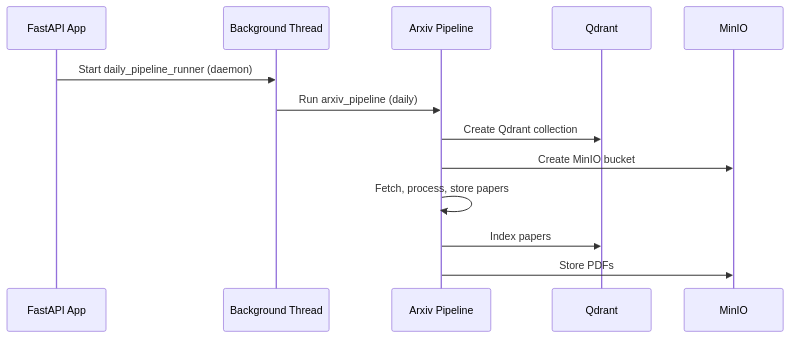
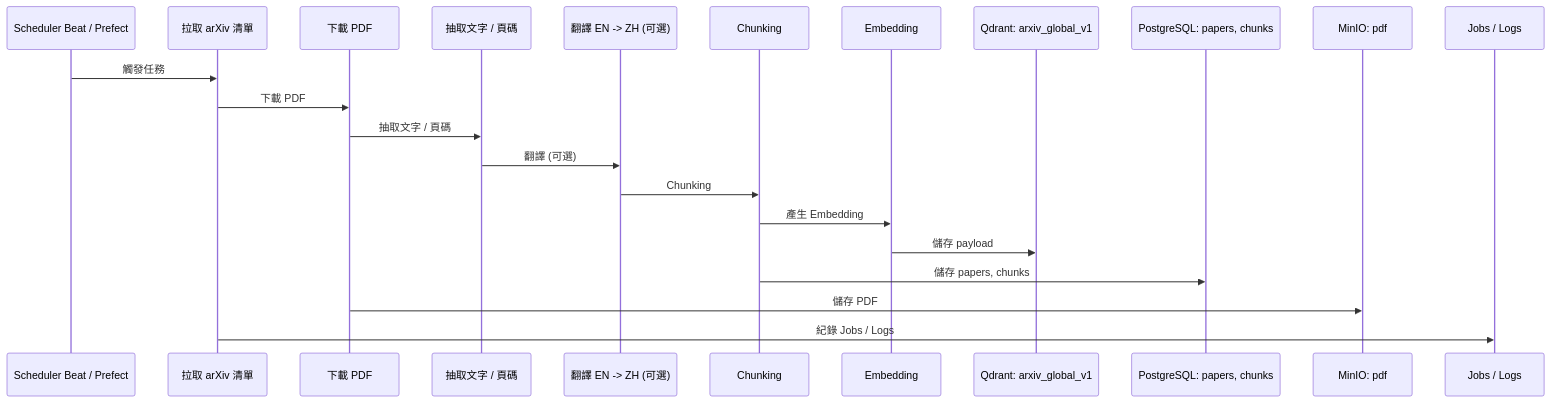
Before and after one commit to a920604a/llm-assistant: the second of 3 diagrams in docs/arxiv_ingestion.md, drawn with Mermaid. The commit also changed other lines of this file and 3 other files, not shown here.

````diff
--- a/docs/arxiv_ingestion.md
+++ b/docs/arxiv_ingestion.md
@@ -1,14 +17,27 @@
 ```mermaid
 sequenceDiagram
-    participant API as FastAPI App
-    participant Thread as Background Thread
-    participant Pipeline as Arxiv Pipeline
-    API->>Thread: Start daily_pipeline_runner (daemon)
-    Thread->>Pipeline: Run arxiv_pipeline (daily)
-    Pipeline->>Qdrant: Create Qdrant collection
-    Pipeline->>MinIO: Create MinIO bucket
-    Pipeline->>Pipeline: Fetch, process, store papers
-    Pipeline->>Qdrant: Index papers
-    Pipeline->>MinIO: Store PDFs
+    participant S as Scheduler Beat / Prefect
+    participant J as 拉取 arXiv 清單
+    participant D as 下載 PDF
+    participant E as 抽取文字 / 頁碼
+    participant T as 翻譯 EN -> ZH (可選)
+    participant C as Chunking
+    participant V as Embedding
+    participant Q as Qdrant: arxiv_global_v1
+    participant P as PostgreSQL: papers, chunks
+    participant M as MinIO: pdf
+    participant L as Jobs / Logs
+
+    S ->> J: 觸發任務
+    J ->> D: 下載 PDF
+    D ->> E: 抽取文字 / 頁碼
+    E ->> T: 翻譯 (可選)
+    T ->> C: Chunking
+    C ->> V: 產生 Embedding
+    V ->> Q: 儲存 payload
+    C ->> P: 儲存 papers, chunks
+    D ->> M: 儲存 PDF
+    J ->> L: 紀錄 Jobs / Logs
+
 
 ```
````
